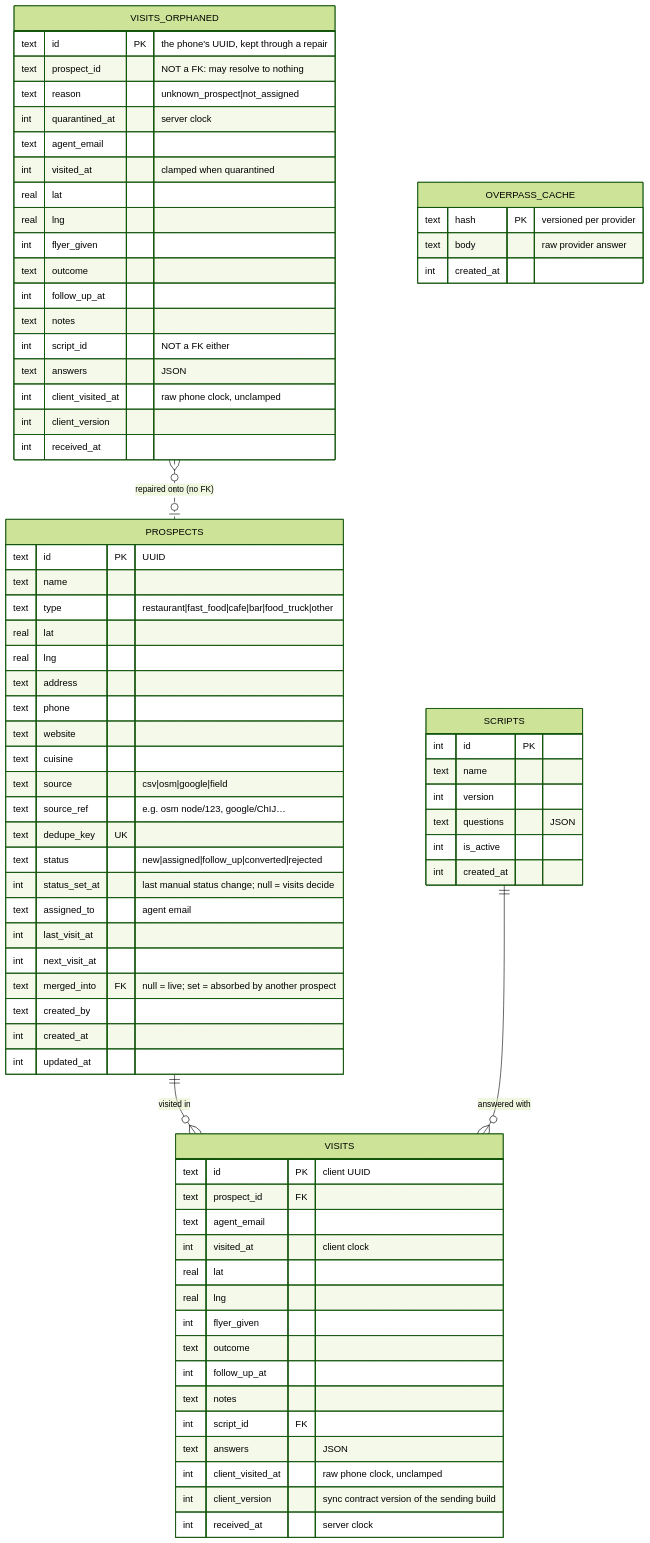
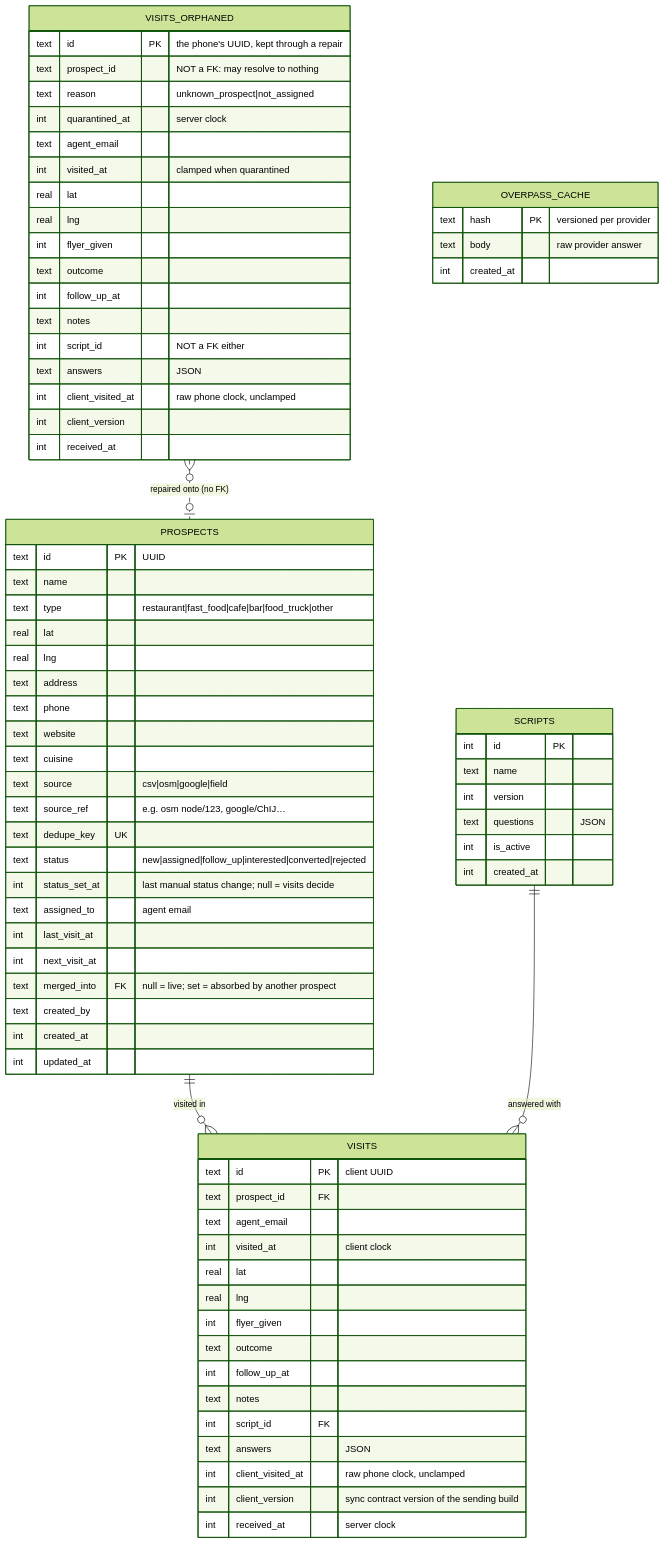
The diagram in docs/data-model.md (FixByteStudio/captain-prospectus), drawn with Mermaid (forest theme) before and after one commit. The commit also changed 28 other files, not shown here.

````diff
--- a/docs/data-model.md
+++ b/docs/data-model.md
@@ -5,78 +5,78 @@
 ```mermaid
 erDiagram
   PROSPECTS ||--o{ VISITS : "visited in"
   SCRIPTS ||--o{ VISITS : "answered with"
   VISITS_ORPHANED }o..o| PROSPECTS : "repaired onto (no FK)"
   PROSPECTS {
     text id PK "UUID"
     text name
     text type "restaurant|fast_food|cafe|bar|food_truck|other"
     real lat
     real lng
     text address
     text phone
     text website
     text cuisine
     text source "csv|osm|google|field"
     text source_ref "e.g. osm node/123, google/ChIJ…"
     text dedupe_key UK
-    text status "new|assigned|follow_up|converted|rejected"
+    text status "new|assigned|follow_up|interested|converted|rejected"
     int status_set_at "last manual status change; null = visits decide"
     text assigned_to "agent email"
     int last_visit_at
     int next_visit_at
     text merged_into FK "null = live; set = absorbed by another prospect"
     text created_by
     int created_at
     int updated_at
   }
   VISITS {
     text id PK "client UUID"
     text prospect_id FK
     text agent_email
     int visited_at "client clock"
     real lat
     real lng
     int flyer_given
     text outcome
     int follow_up_at
     text notes
     int script_id FK
     text answers "JSON"
     int client_visited_at "raw phone clock, unclamped"
     int client_version "sync contract version of the sending build"
     int received_at "server clock"
   }
   VISITS_ORPHANED {
     text id PK "the phone's UUID, kept through a repair"
     text prospect_id "NOT a FK: may resolve to nothing"
     text reason "unknown_prospect|not_assigned"
     int quarantined_at "server clock"
     text agent_email
     int visited_at "clamped when quarantined"
     real lat
     real lng
     int flyer_given
     text outcome
     int follow_up_at
     text notes
     int script_id "NOT a FK either"
     text answers "JSON"
     int client_visited_at "raw phone clock, unclamped"
     int client_version
     int received_at
   }
   SCRIPTS {
     int id PK
     text name
     int version
     text questions "JSON"
     int is_active
     int created_at
   }
   OVERPASS_CACHE {
     text hash PK "versioned per provider"
     text body "raw provider answer"
     int created_at
   }
 ```
````
